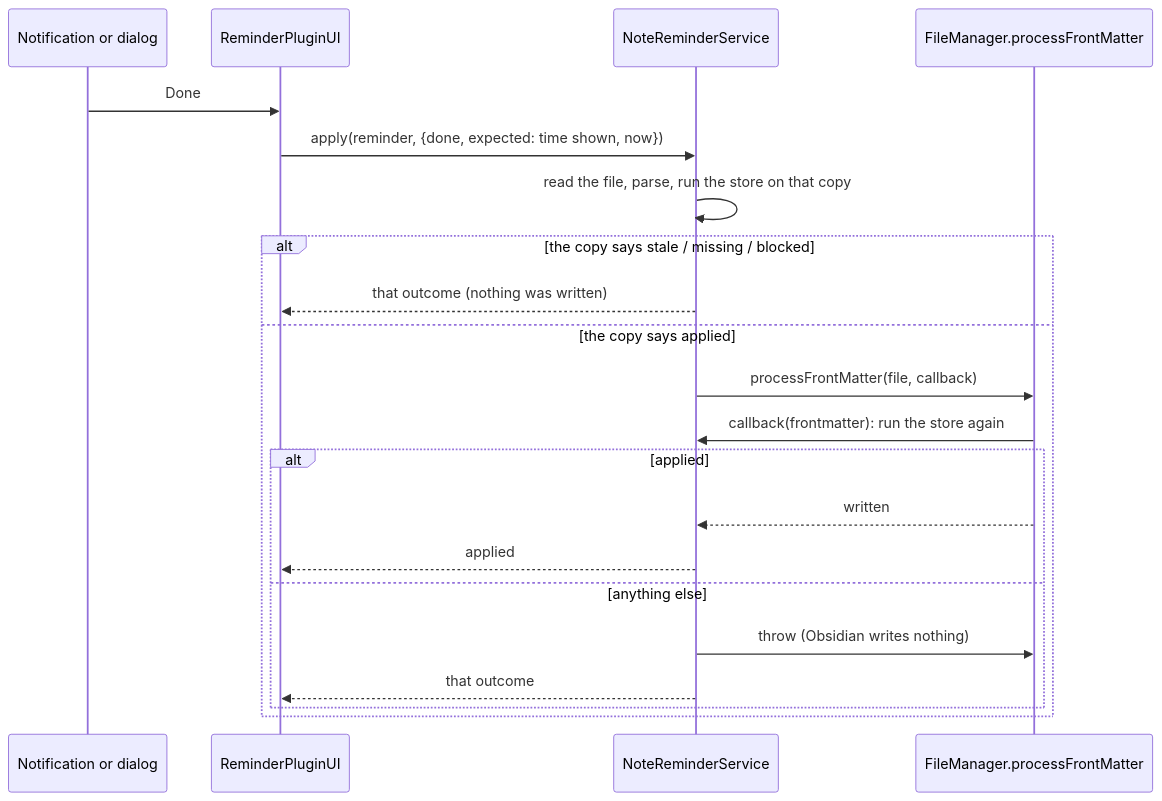
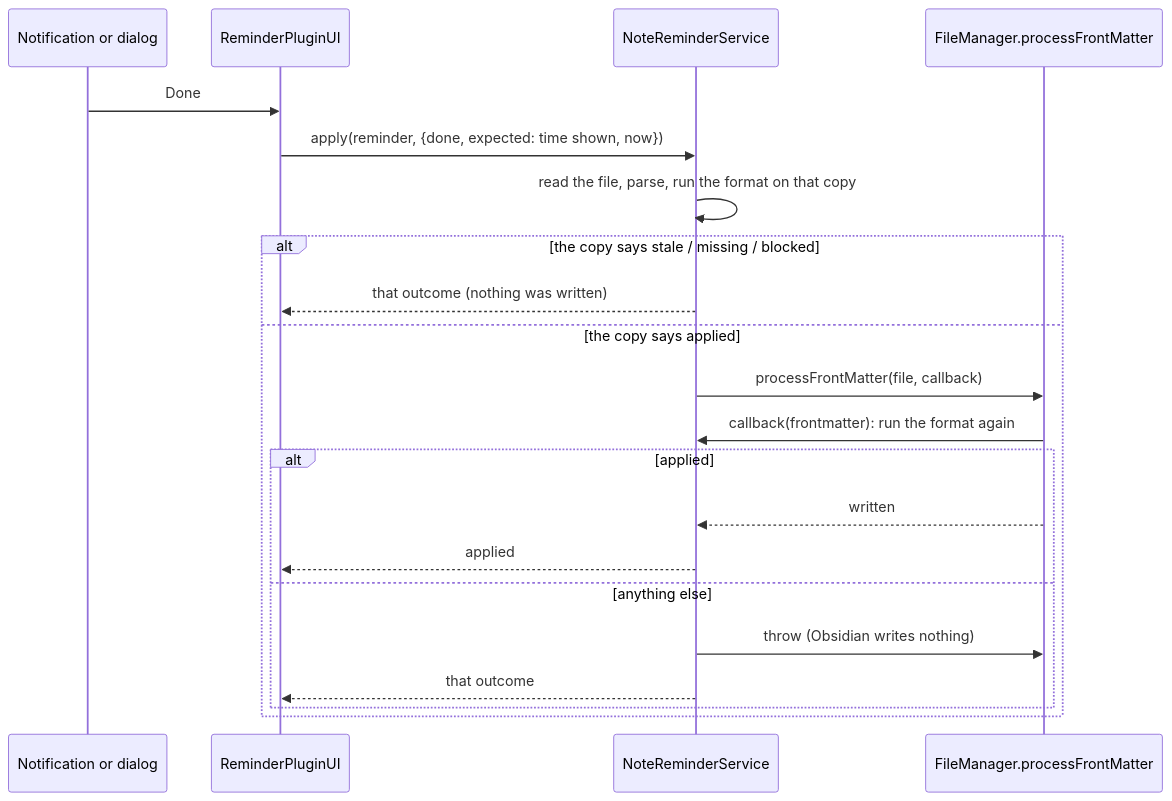
One commit to uphy/obsidian-reminder changed the second of 2 diagrams in docs/designs/note-level-reminders.md. Above: the diagram before and after it, drawn with Mermaid. The commit also changed other lines of this file and 24 other files, not shown here.

````diff
--- a/docs/designs/note-level-reminders.md
+++ b/docs/designs/note-level-reminders.md
@@ -517,23 +520,23 @@
 ```mermaid
 sequenceDiagram
   participant U as Notification or dialog
   participant UI as ReminderPluginUI
   participant S as NoteReminderService
   participant O as FileManager.processFrontMatter
   U->>UI: Done
   UI->>S: apply(reminder, {done, expected: time shown, now})
-  S->>S: read the file, parse, run the store on that copy
+  S->>S: read the file, parse, run the format on that copy
   alt the copy says stale / missing / blocked
     S-->>UI: that outcome (nothing was written)
   else the copy says applied
     S->>O: processFrontMatter(file, callback)
-    O->>S: callback(frontmatter): run the store again
+    O->>S: callback(frontmatter): run the format again
     alt applied
       O-->>S: written
       S-->>UI: applied
     else anything else
       S->>O: throw (Obsidian writes nothing)
       S-->>UI: that outcome
     end
   end
 ```
````
